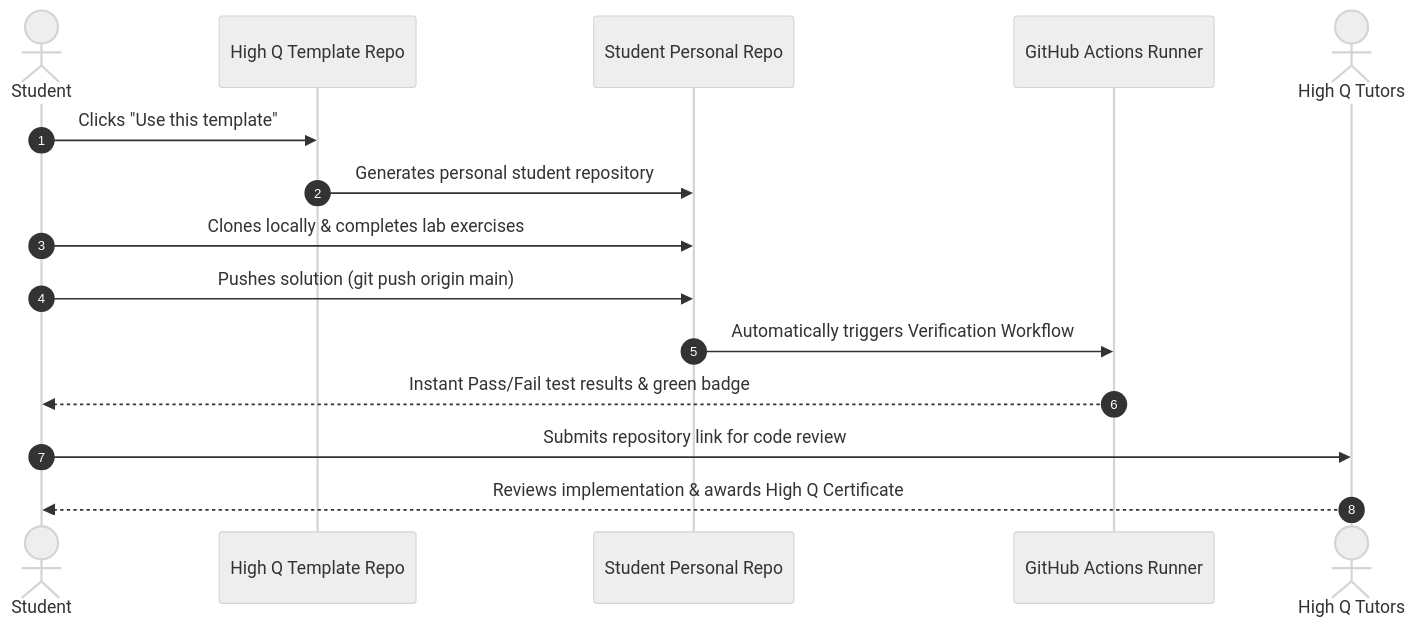
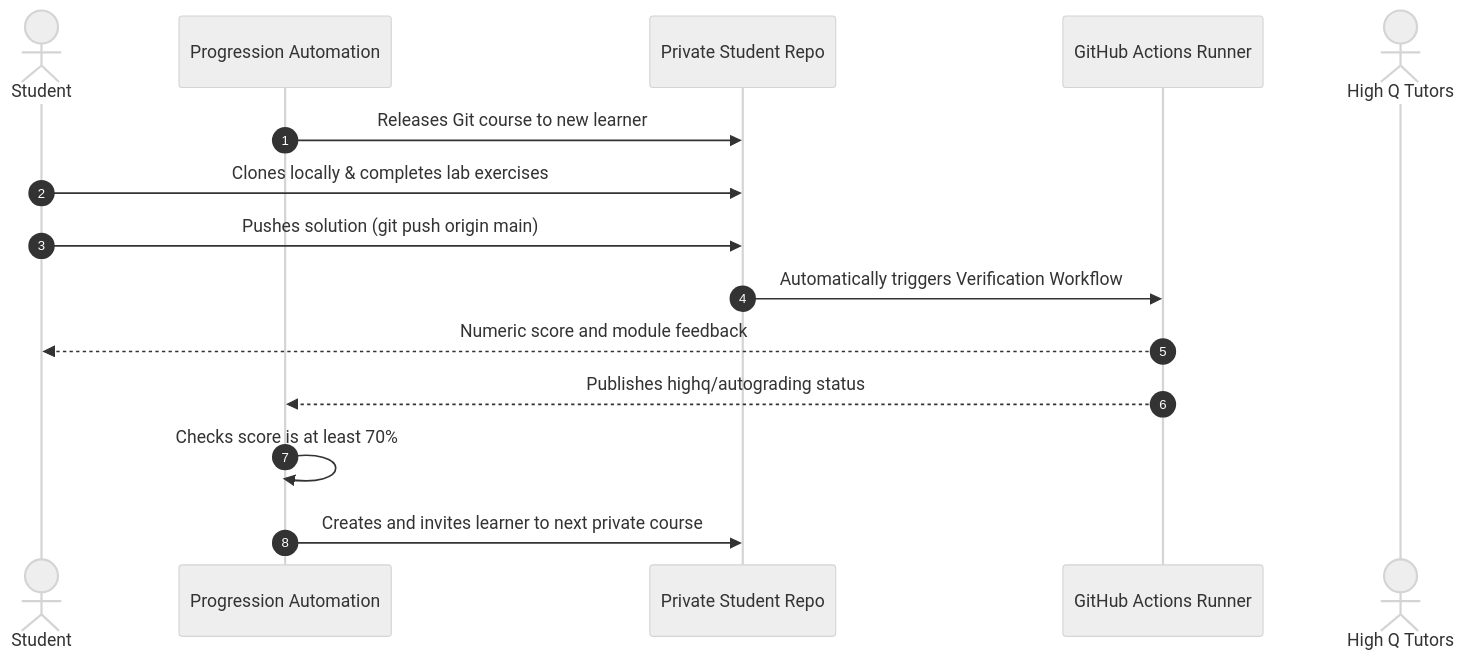
Before and after one commit to High-Q-Solid-Academy/.github: the second of 2 diagrams in profile/README.md, drawn with Mermaid (neutral theme). The commit also changed other lines of this file and 14 other files, not shown here.

````diff
--- a/profile/README.md
+++ b/profile/README.md
@@ -96,18 +92,18 @@
 ```mermaid
 sequenceDiagram
     autonumber
     actor Student as Student
-    participant Template as High Q Template Repo
-    participant Personal as Student Personal Repo
+    participant Unlock as Progression Automation
+    participant Personal as Private Student Repo
     participant Actions as GitHub Actions Runner
     actor Tutor as High Q Tutors
 
-    Student->>Template: Clicks "Use this template"
-    Template->>Personal: Generates personal student repository
+    Unlock->>Personal: Releases Git course to new learner
     Student->>Personal: Clones locally & completes lab exercises
     Student->>Personal: Pushes solution (git push origin main)
     Personal->>Actions: Automatically triggers Verification Workflow
-    Actions-->>Student: Instant Pass/Fail test results & green badge
-    Student->>Tutor: Submits repository link for code review
-    Tutor-->>Student: Reviews implementation & awards High Q Certificate
+    Actions-->>Student: Numeric score and module feedback
+    Actions-->>Unlock: Publishes highq/autograding status
+    Unlock->>Unlock: Checks score is at least 70%
+    Unlock->>Personal: Creates and invites learner to next private course
 ```
````
